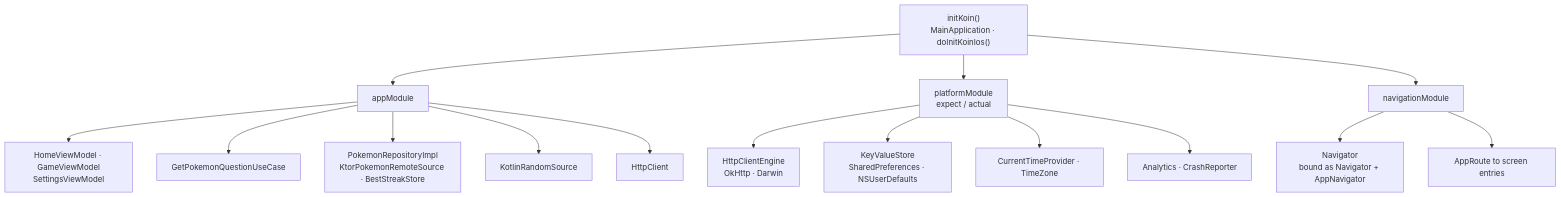
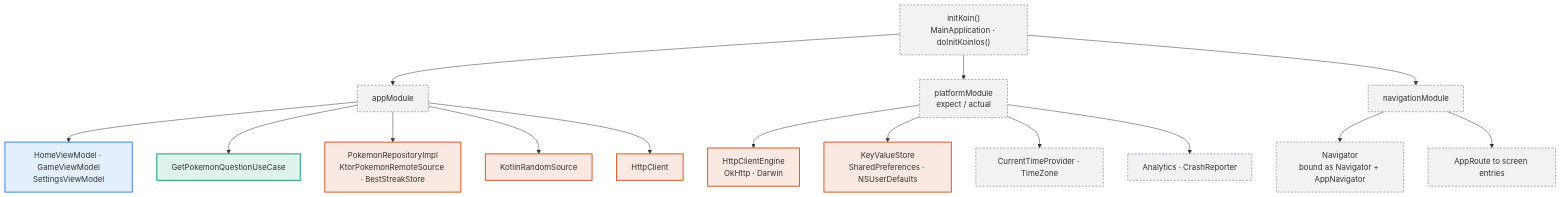
Before and after one commit to chrisjc29/PokeDexMulti: the fourth of 7 diagrams in docs/architecture.md, drawn with Mermaid. The commit also changed other lines of this file and 1 other file, not shown here.

First line of the commit message:
Colour-code the architecture diagrams

````diff
--- a/docs/architecture.md
+++ b/docs/architecture.md
@@ -78,22 +109,31 @@
 ```mermaid
 flowchart TB
     INIT["initKoin()<br/>MainApplication · doInitKoinIos()"]
     APPM["appModule"]
     PLATM["platformModule<br/>expect / actual"]
     NAVM["navigationModule"]
 
     INIT --> APPM
     INIT --> PLATM
     INIT --> NAVM
     APPM --> VMS["HomeViewModel · GameViewModel<br/>SettingsViewModel"]
     APPM --> UCS["GetPokemonQuestionUseCase"]
     APPM --> REPOS["PokemonRepositoryImpl<br/>KtorPokemonRemoteSource · BestStreakStore"]
     APPM --> RAND["KotlinRandomSource"]
     APPM --> HTTP["HttpClient"]
     PLATM --> ENGINE["HttpClientEngine<br/>OkHttp · Darwin"]
     PLATM --> KVS["KeyValueStore<br/>SharedPreferences · NSUserDefaults"]
     PLATM --> CLOCK["CurrentTimeProvider · TimeZone"]
     PLATM --> ANA["Analytics · CrashReporter"]
     NAVM --> NAVIGATOR["Navigator<br/>bound as Navigator + AppNavigator"]
     NAVM --> ENTRIES["AppRoute to screen entries"]
+
+    classDef pres fill:#3987e522,stroke:#3987e5,stroke-width:2px
+    classDef dom fill:#199e7022,stroke:#199e70,stroke-width:2px
+    classDef dat fill:#d9592622,stroke:#d95926,stroke-width:2px
+    classDef infra fill:#8b949e1f,stroke:#8b949e,stroke-width:1.5px,stroke-dasharray:4 3
+    class VMS pres
+    class UCS dom
+    class REPOS,RAND,HTTP,ENGINE,KVS dat
+    class INIT,APPM,PLATM,NAVM,CLOCK,ANA,NAVIGATOR,ENTRIES infra
 ```
````
